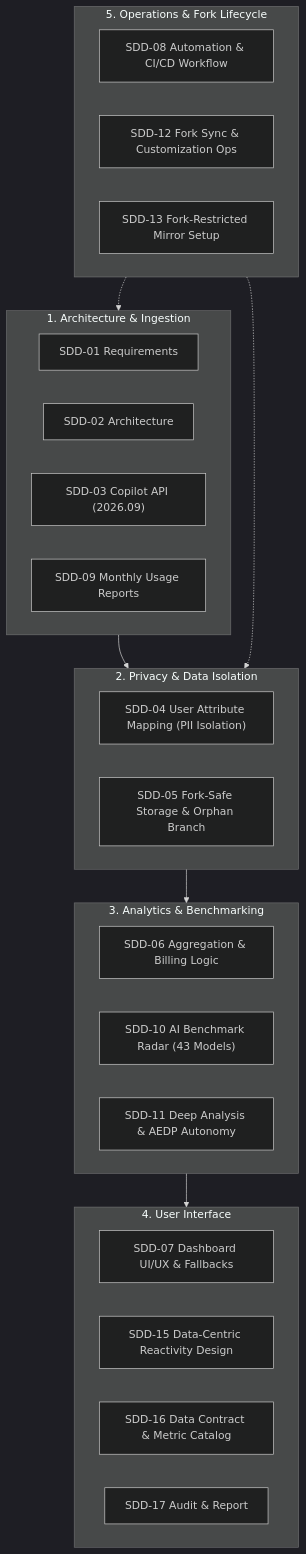
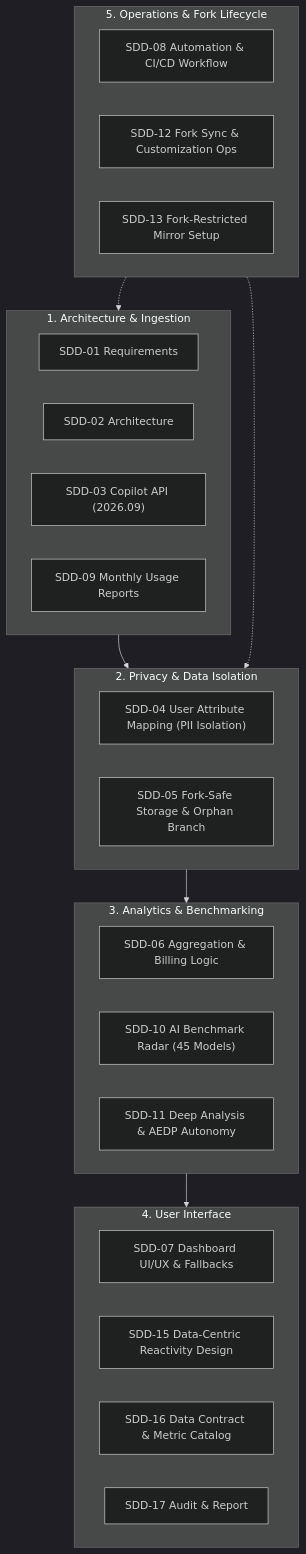
Before and after one commit to sun-flat-yamada/github-copilot-dashboard: the diagram in docs/specifications/README.md, drawn with Mermaid (dark theme). The commit also changed other lines of this file and 12 other files, not shown here.

````diff
--- a/docs/specifications/README.md
+++ b/docs/specifications/README.md
@@ -13,37 +13,37 @@
 ```mermaid
 flowchart TD
     subgraph D1["1. Architecture & Ingestion"]
         S01["SDD-01 Requirements"]
         S02["SDD-02 Architecture"]
         S03["SDD-03 Copilot API (2026.09)"]
         S09["SDD-09 Monthly Usage Reports"]
     end
 
     subgraph D2["2. Privacy & Data Isolation"]
         S04["SDD-04 User Attribute Mapping (PII Isolation)"]
         S05["SDD-05 Fork-Safe Storage & Orphan Branch"]
     end
 
     subgraph D3["3. Analytics & Benchmarking"]
         S06["SDD-06 Aggregation & Billing Logic"]
-        S10["SDD-10 AI Benchmark Radar (43 Models)"]
+        S10["SDD-10 AI Benchmark Radar (45 Models)"]
         S11["SDD-11 Deep Analysis & AEDP Autonomy"]
     end
 
     subgraph D4["4. User Interface"]
         S07["SDD-07 Dashboard UI/UX & Fallbacks"]
         S15["SDD-15 Data-Centric Reactivity Design"]
         S16["SDD-16 Data Contract & Metric Catalog"]
         S17["SDD-17 Audit & Report"]
     end
 
     subgraph D5["5. Operations & Fork Lifecycle"]
         S08["SDD-08 Automation & CI/CD Workflow"]
         S12["SDD-12 Fork Sync & Customization Ops"]
         S13["SDD-13 Fork-Restricted Mirror Setup"]
     end
 
     D1 --> D2 --> D3 --> D4
     D5 -.-> D1
     D5 -.-> D2
 ```
````
